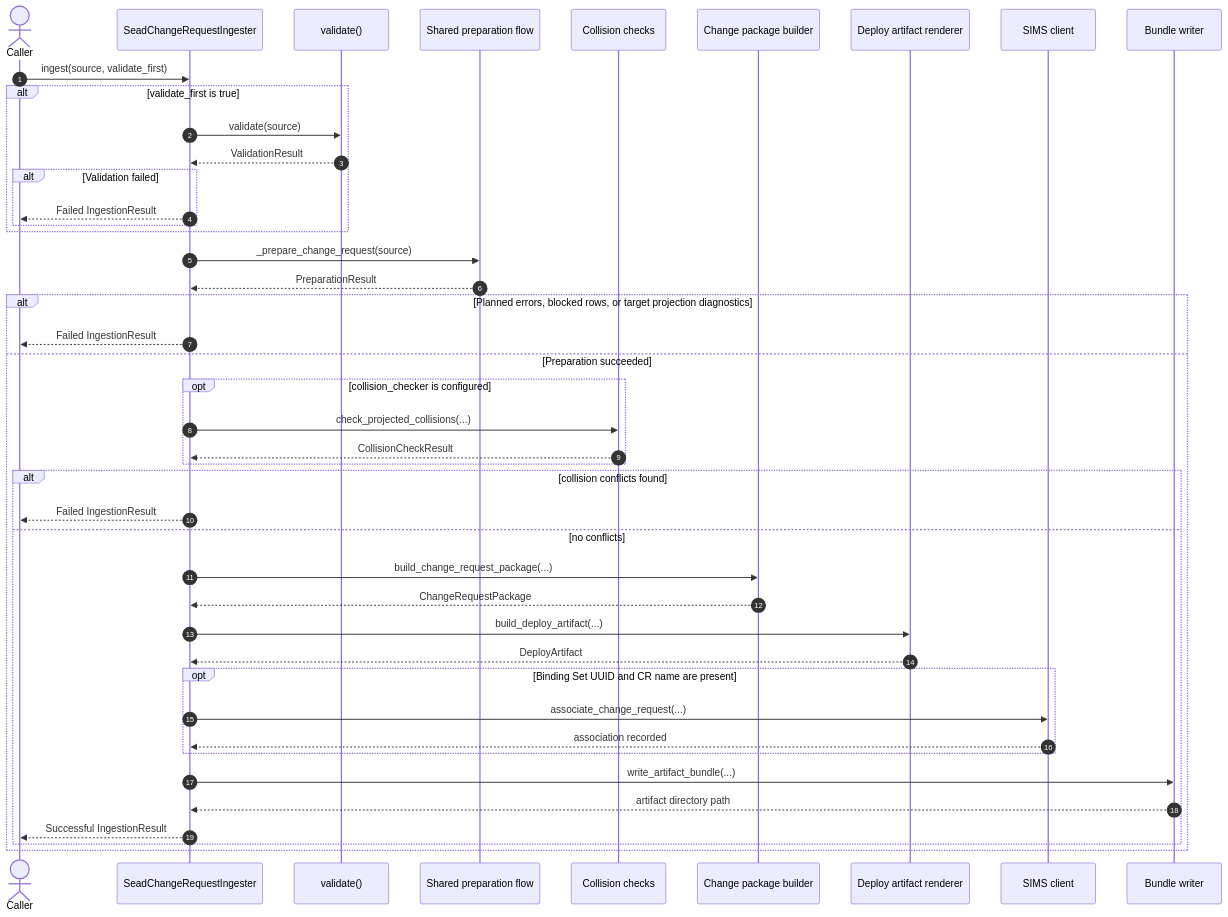
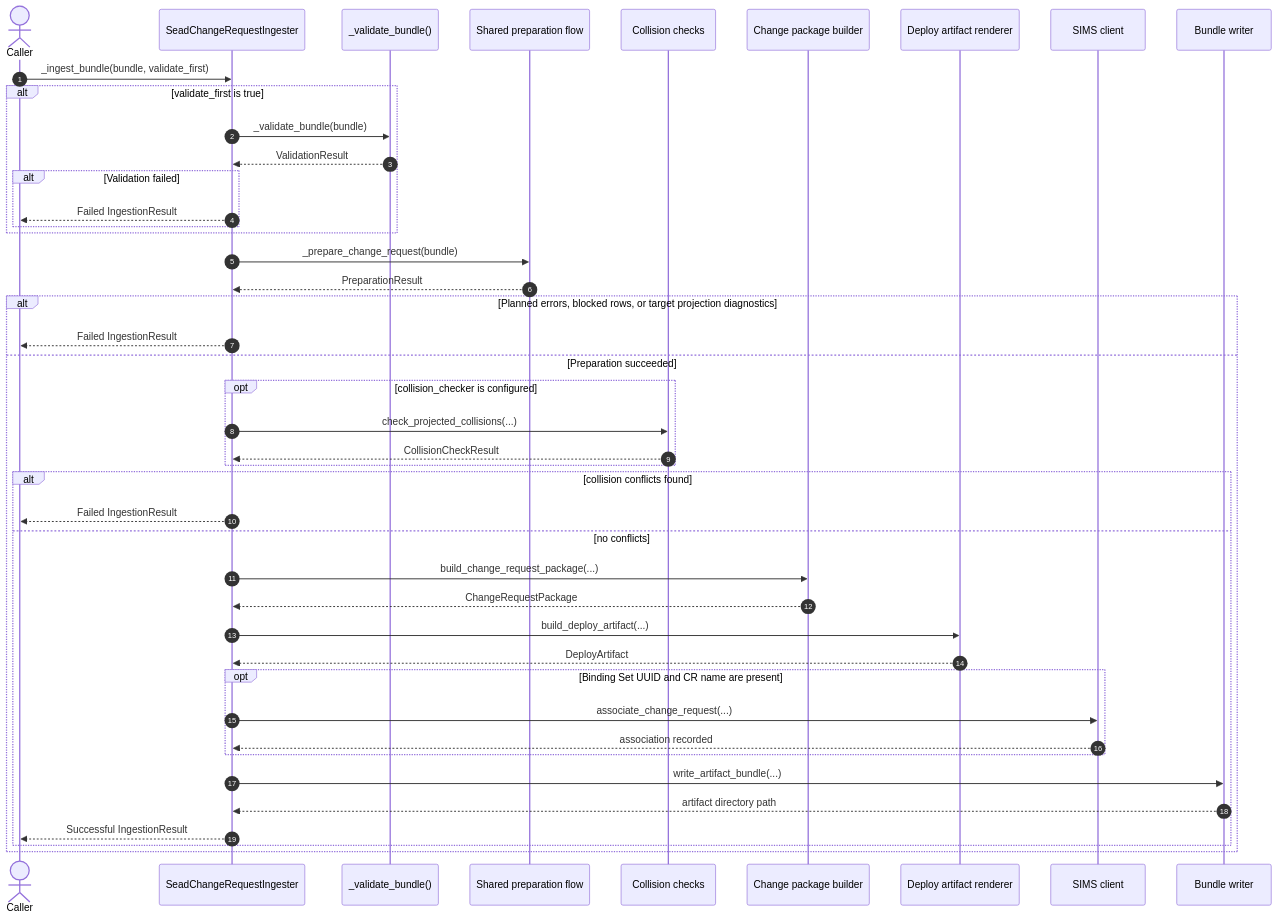
The fourth of 4 diagrams in ingesters/sead_change_request/DIAGRAMS.md (humlab-sead/sead_shape_shifter), drawn with Mermaid before and after one commit. The commit also changed other lines of this file and 23 other files, not shown here.

````diff
--- a/ingesters/sead_change_request/DIAGRAMS.md
+++ b/ingesters/sead_change_request/DIAGRAMS.md
@@ -82,53 +103,53 @@
 ```mermaid
 sequenceDiagram
     autonumber
     actor Caller
     participant Ingester as SeadChangeRequestIngester
-    participant Validate as validate()
+    participant Validate as _validate_bundle()
     participant Prep as Shared preparation flow
     participant Collisions as Collision checks
     participant Package as Change package builder
     participant Render as Deploy artifact renderer
     participant SIMS as SIMS client
     participant Files as Bundle writer
 
-    Caller->>Ingester: ingest(source, validate_first)
+    Caller->>Ingester: _ingest_bundle(bundle, validate_first)
 
     alt validate_first is true
-        Ingester->>Validate: validate(source)
+        Ingester->>Validate: _validate_bundle(bundle)
         Validate-->>Ingester: ValidationResult
         alt Validation failed
             Ingester-->>Caller: Failed IngestionResult
         end
     end
 
-    Ingester->>Prep: _prepare_change_request(source)
+    Ingester->>Prep: _prepare_change_request(bundle)
     Prep-->>Ingester: PreparationResult
 
     alt Planned errors, blocked rows, or target projection diagnostics
         Ingester-->>Caller: Failed IngestionResult
     else Preparation succeeded
         opt collision_checker is configured
             Ingester->>Collisions: check_projected_collisions(...)
             Collisions-->>Ingester: CollisionCheckResult
         end
 
         alt collision conflicts found
             Ingester-->>Caller: Failed IngestionResult
         else no conflicts
             Ingester->>Package: build_change_request_package(...)
             Package-->>Ingester: ChangeRequestPackage
             Ingester->>Render: build_deploy_artifact(...)
             Render-->>Ingester: DeployArtifact
 
             opt Binding Set UUID and CR name are present
                 Ingester->>SIMS: associate_change_request(...)
                 SIMS-->>Ingester: association recorded
             end
 
             Ingester->>Files: write_artifact_bundle(...)
             Files-->>Ingester: artifact directory path
             Ingester-->>Caller: Successful IngestionResult
         end
     end
 ```
````
